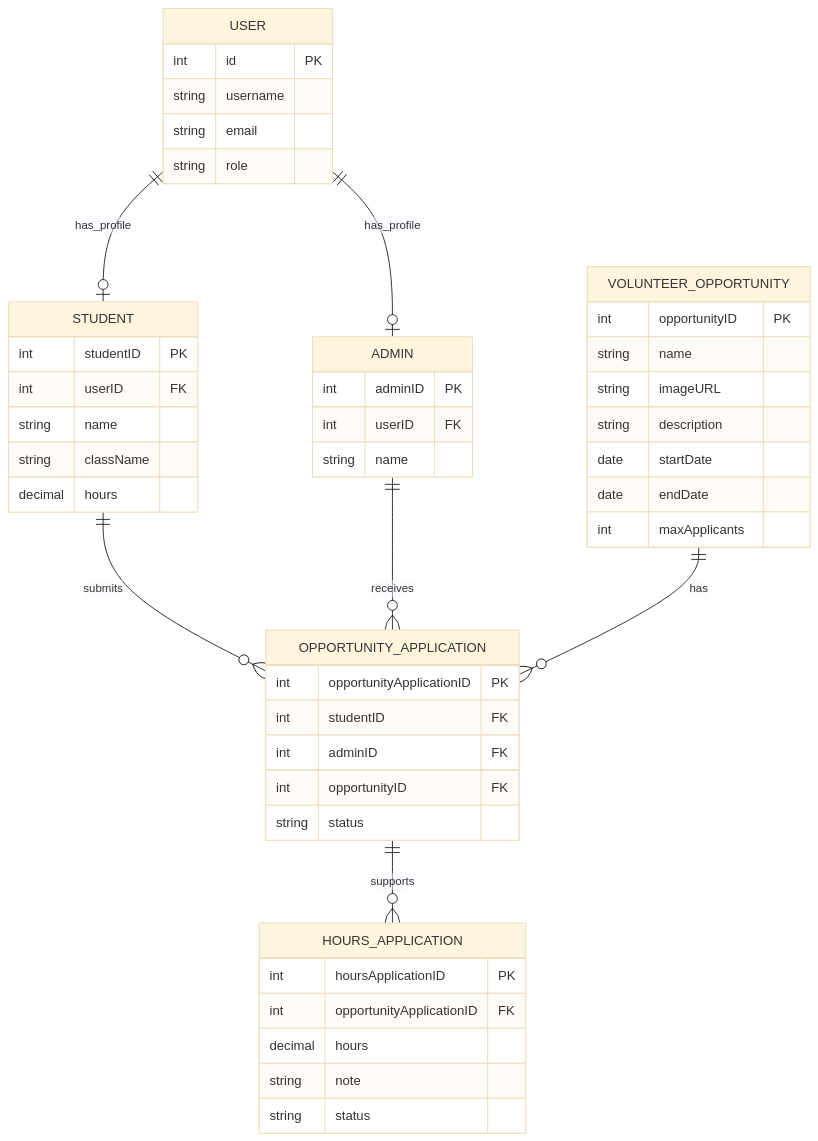
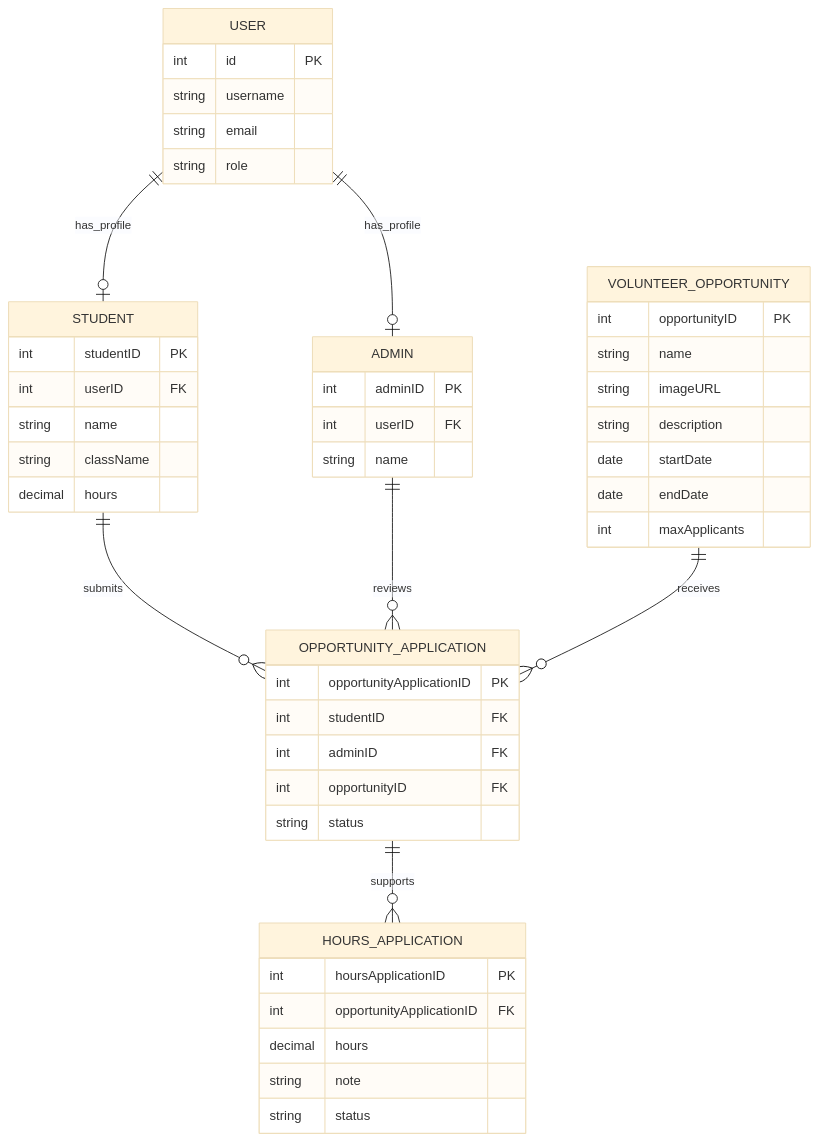
The diagram in docs/report.md (raidenrUWI/comp3613a1), drawn with Mermaid (base theme) before and after one commit. The commit also changed other lines of this file and 25 other files, not shown here.

````diff
--- a/docs/report.md
+++ b/docs/report.md
@@ -34,51 +15,51 @@
 ```mermaid
 erDiagram
+  USER {
+    int id PK
+    string username
+    string email
+    string role
+  }
   STUDENT {
     int studentID PK
     int userID FK
     string name
     string className
     decimal hours
   }
   ADMIN {
     int adminID PK
     int userID FK
     string name
-  }
-  USER {
-    int id PK
-    string username
-    string email
-    string role
   }
   VOLUNTEER_OPPORTUNITY {
     int opportunityID PK
     string name
     string imageURL
     string description
     date startDate
     date endDate
     int maxApplicants
   }
   OPPORTUNITY_APPLICATION {
     int opportunityApplicationID PK
     int studentID FK
     int adminID FK
     int opportunityID FK
     string status
   }
   HOURS_APPLICATION {
     int hoursApplicationID PK
     int opportunityApplicationID FK
     decimal hours
     string note
     string status
   }
 
   USER ||--o| STUDENT : has_profile
   USER ||--o| ADMIN : has_profile
   STUDENT ||--o{ OPPORTUNITY_APPLICATION : submits
-  ADMIN ||--o{ OPPORTUNITY_APPLICATION : receives
-  VOLUNTEER_OPPORTUNITY ||--o{ OPPORTUNITY_APPLICATION : has
+  ADMIN ||--o{ OPPORTUNITY_APPLICATION : reviews
+  VOLUNTEER_OPPORTUNITY ||--o{ OPPORTUNITY_APPLICATION : receives
   OPPORTUNITY_APPLICATION ||--o{ HOURS_APPLICATION : supports
 ```
````
